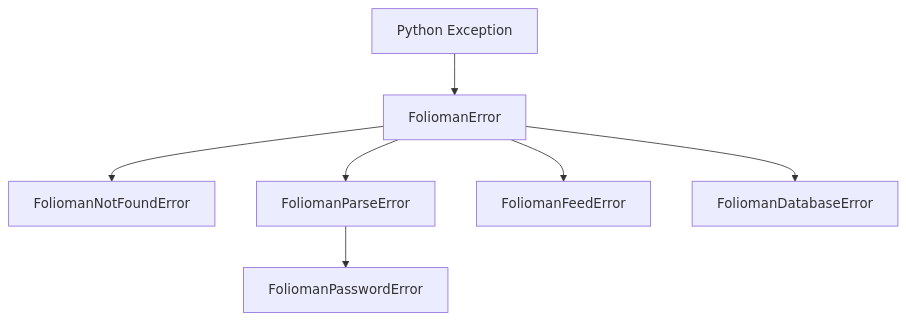
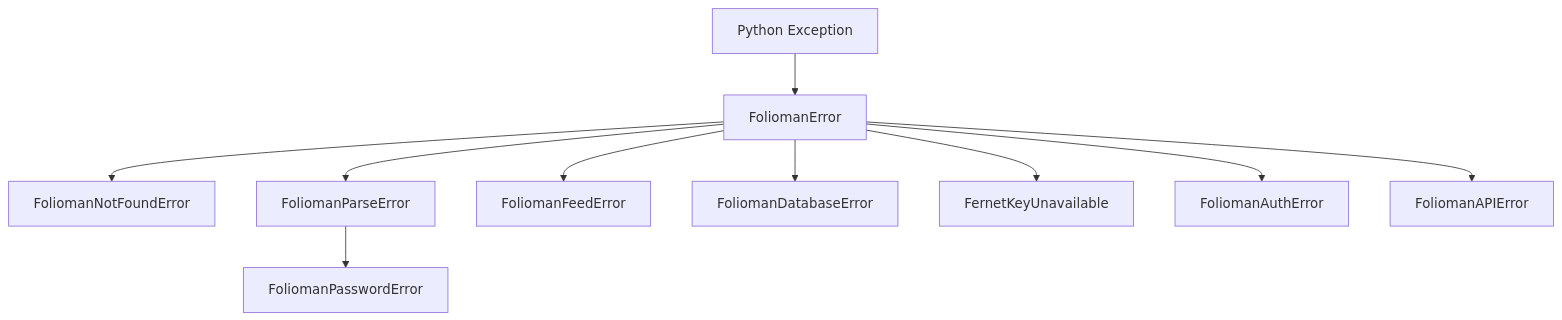
One commit to sid-146/folioman-client changed the diagram in docs/errors.md. Above: the diagram before and after it, drawn with Mermaid. The commit also changed other lines of this file and 8 other files, not shown here.

````diff
--- a/docs/errors.md
+++ b/docs/errors.md
@@ -9,9 +9,12 @@
 ```mermaid
 graph TD
     Exception[Python Exception] --> FoliomanError[FoliomanError]
     FoliomanError --> FoliomanNotFoundError[FoliomanNotFoundError]
     FoliomanError --> FoliomanParseError[FoliomanParseError]
     FoliomanParseError --> FoliomanPasswordError[FoliomanPasswordError]
     FoliomanError --> FoliomanFeedError[FoliomanFeedError]
     FoliomanError --> FoliomanDatabaseError[FoliomanDatabaseError]
+    FoliomanError --> FernetKeyUnavailable[FernetKeyUnavailable]
+    FoliomanError --> FoliomanAuthError[FoliomanAuthError]
+    FoliomanError --> FoliomanAPIError[FoliomanAPIError]
 ```
````
